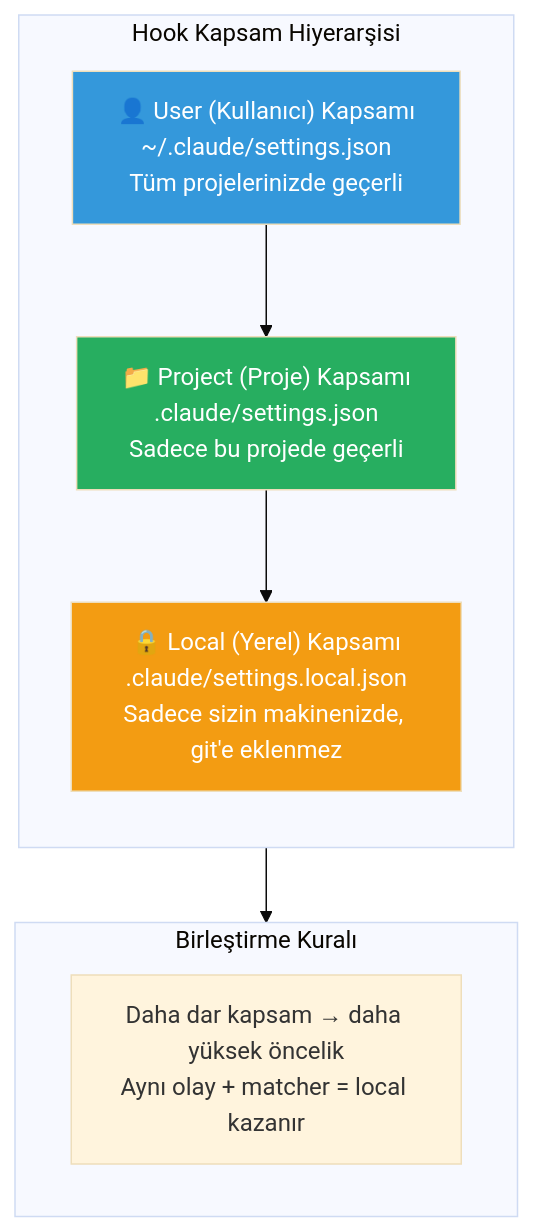
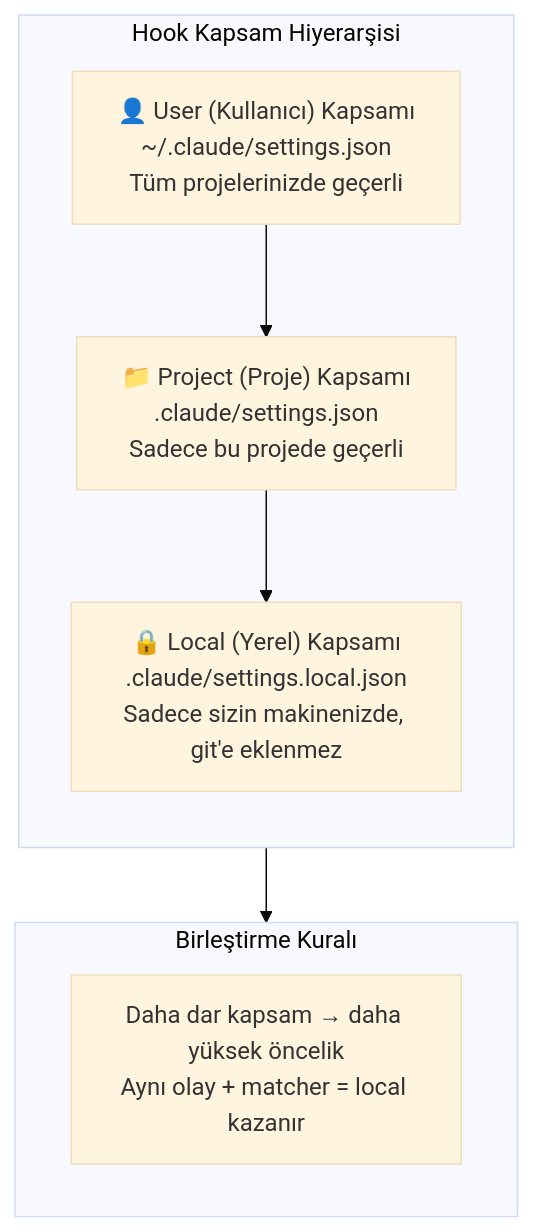
One commit to IzzetYasinAtes/ClaudeCodeHandbook changed the fourth of 4 diagrams in 14-hooks-ve-otomasyon/04-hook-konfigurasyonu.md. Above: the diagram before and after it, drawn with Mermaid (base theme). The commit also changed other lines of this file and 97 other files, not shown here.

Commit message:
Remove all custom Mermaid style/fill colors from 98 markdown files for consistent dark theme rendering

````diff
--- a/14-hooks-ve-otomasyon/04-hook-konfigurasyonu.md
+++ b/14-hooks-ve-otomasyon/04-hook-konfigurasyonu.md
@@ -327,21 +316,18 @@
 ```mermaid
 flowchart TD
     subgraph hierarchy ["Hook Kapsam Hiyerarşisi"]
         direction TB
         USER["👤 User (Kullanıcı) Kapsamı<br/>~/.claude/settings.json<br/>Tüm projelerinizde geçerli"]
         PROJECT["📁 Project (Proje) Kapsamı<br/>.claude/settings.json<br/>Sadece bu projede geçerli"]
         LOCAL["🔒 Local (Yerel) Kapsamı<br/>.claude/settings.local.json<br/>Sadece sizin makinenizde, git'e eklenmez"]
     end
 
     USER --> PROJECT --> LOCAL
 
     subgraph merge ["Birleştirme Kuralı"]
         RULE["Daha dar kapsam → daha yüksek öncelik<br/>Aynı olay + matcher = local kazanır"]
     end
 
     LOCAL --> merge
 
-    style USER fill:#3498DB,color:#fff
-    style PROJECT fill:#27AE60,color:#fff
-    style LOCAL fill:#F39C12,color:#fff
 ```
````
